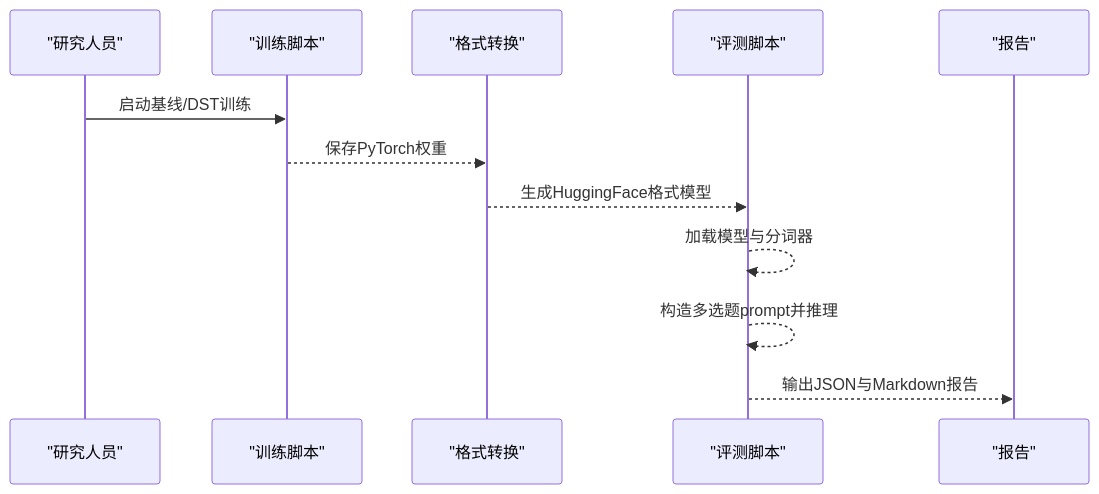
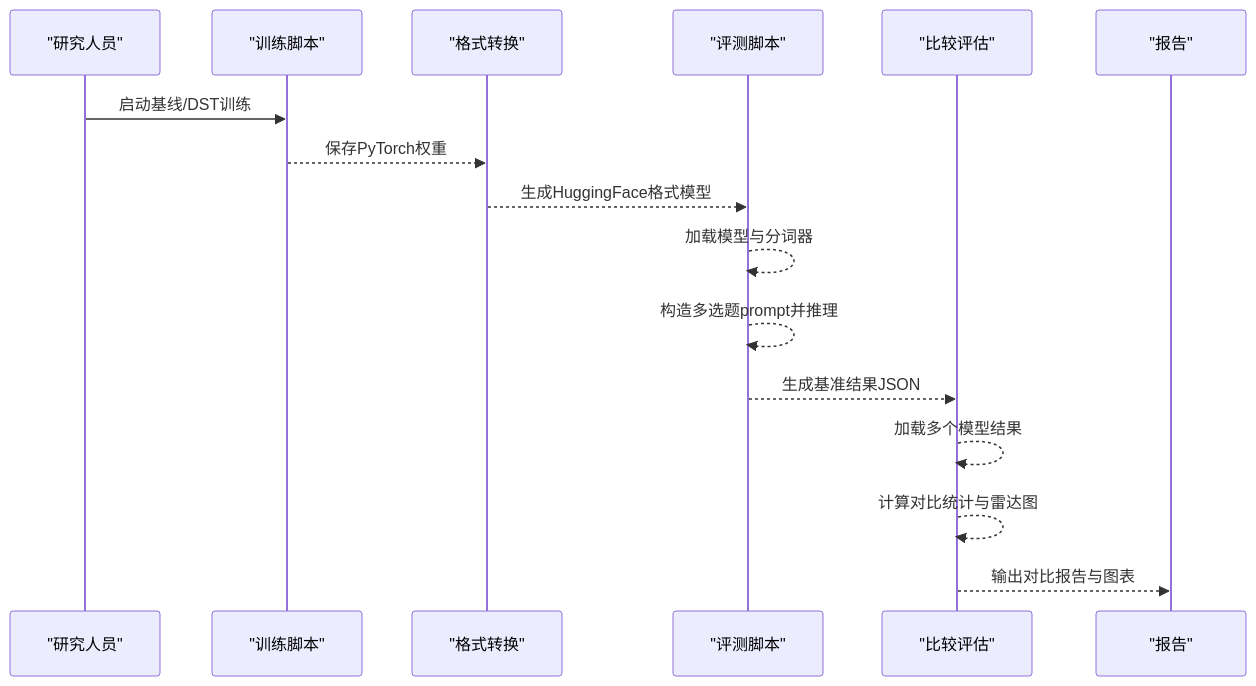
Before and after one commit to shiyukonghui/minimind: the second of 7 diagrams in .qoder/repowiki/zh/content/实验与评估/实验与评估.md, drawn with Mermaid. The commit also changed other lines of this file and 5 other files, not shown here.

````diff
--- a/.qoder/repowiki/zh/content/实验与评估/实验与评估.md
+++ b/.qoder/repowiki/zh/content/实验与评估/实验与评估.md
@@ -130,14 +146,18 @@
 ```mermaid
 sequenceDiagram
 participant Dev as "研究人员"
 participant Train as "训练脚本"
 participant Conv as "格式转换"
 participant Eval as "评测脚本"
+participant Comp as "比较评估"
 participant Rep as "报告"
 Dev->>Train : 启动基线/DST训练
 Train-->>Conv : 保存PyTorch权重
 Conv-->>Eval : 生成HuggingFace格式模型
 Eval-->>Eval : 加载模型与分词器
 Eval-->>Eval : 构造多选题prompt并推理
-Eval-->>Rep : 输出JSON与Markdown报告
+Eval-->>Comp : 生成基准结果JSON
+Comp-->>Comp : 加载多个模型结果
+Comp-->>Comp : 计算对比统计与雷达图
+Comp-->>Rep : 输出对比报告与图表
 ```
````
